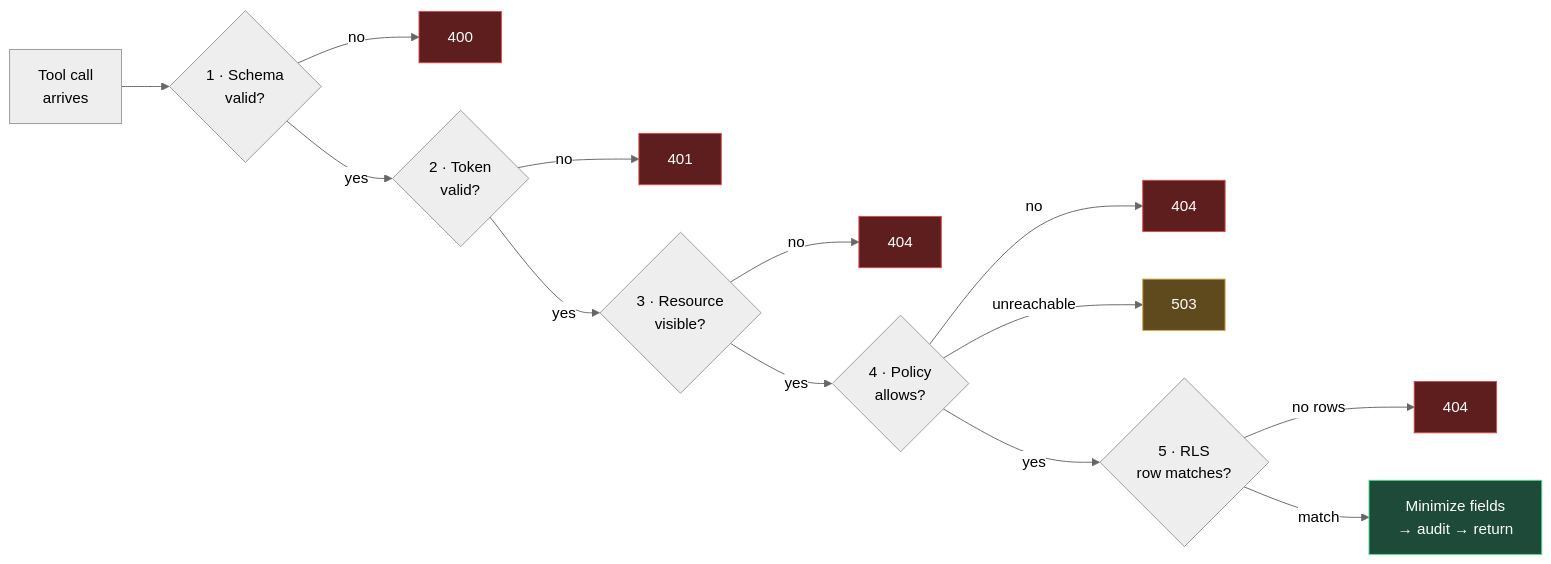
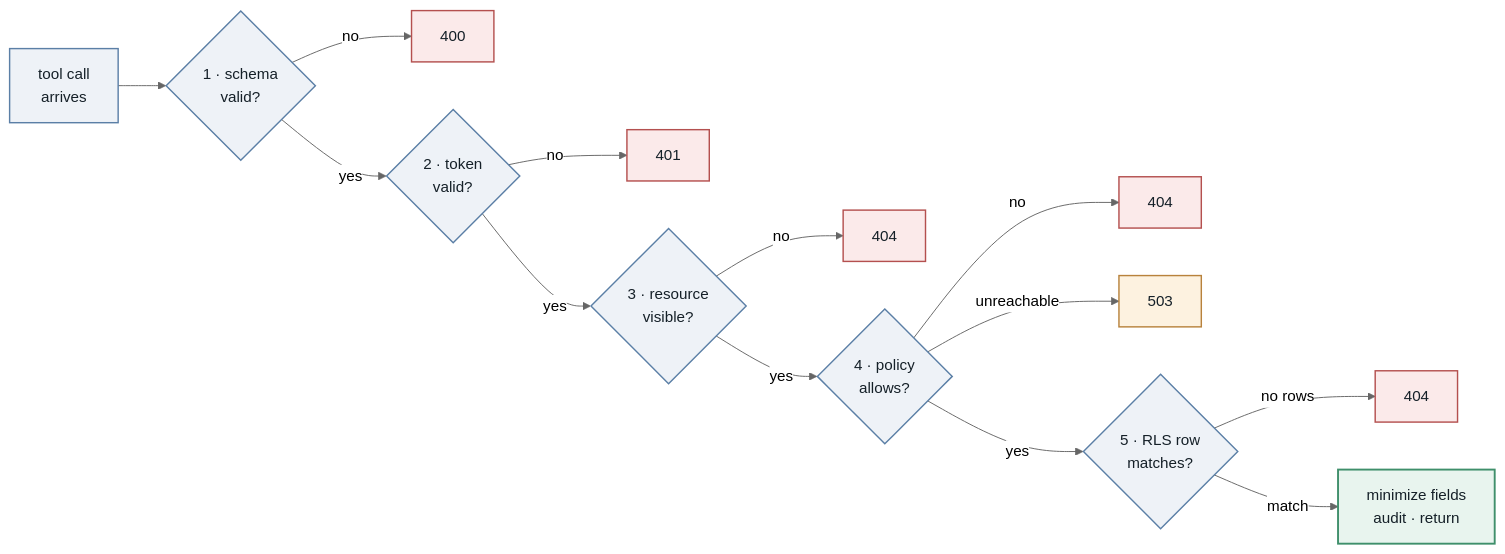
Before and after one commit to bentalem/Assume-the-Model-Is-Compromised: the second of 5 diagrams in docs/architecture/README.md, drawn with Mermaid (neutral theme). The commit also changed other lines of this file and 14 other files, not shown here.

````diff
--- a/docs/architecture/README.md
+++ b/docs/architecture/README.md
@@ -102,23 +98,24 @@
 ```mermaid
 flowchart LR
-    A[Tool call<br/>arrives] --> B{1 · Schema<br/>valid?}
-    B -->|no| X1[400]
-    B -->|yes| C{2 · Token<br/>valid?}
-    C -->|no| X2[401]
-    C -->|yes| D{3 · Resource<br/>visible?}
-    D -->|no| X3[404]
-    D -->|yes| E{4 · Policy<br/>allows?}
-    E -->|no| X4[404]
-    E -->|unreachable| X5[503]
-    E -->|yes| F{5 · RLS<br/>row matches?}
-    F -->|no rows| X6[404]
-    F -->|match| G[Minimize fields<br/>→ audit → return]
+    A["tool call<br/>arrives"] --> B{"1 · schema<br/>valid?"}
+    B -->|no| X1["400"]
+    B -->|yes| C{"2 · token<br/>valid?"}
+    C -->|no| X2["401"]
+    C -->|yes| D{"3 · resource<br/>visible?"}
+    D -->|no| X3["404"]
+    D -->|yes| E{"4 · policy<br/>allows?"}
+    E -->|no| X4["404"]
+    E -->|unreachable| X5["503"]
+    E -->|yes| F{"5 · RLS row<br/>matches?"}
+    F -->|"no rows"| X6["404"]
+    F -->|match| G["minimize fields<br/>audit · return"]
 
-    style X1 fill:#5f1e1e,stroke:#d94a4a,color:#fff
-    style X2 fill:#5f1e1e,stroke:#d94a4a,color:#fff
-    style X3 fill:#5f1e1e,stroke:#d94a4a,color:#fff
-    style X4 fill:#5f1e1e,stroke:#d94a4a,color:#fff
-    style X5 fill:#5f4a1e,stroke:#d9a44a,color:#fff
-    style X6 fill:#5f1e1e,stroke:#d94a4a,color:#fff
-    style G fill:#1e4a3a,stroke:#4ad990,color:#fff
+    classDef q fill:#eef2f7,stroke:#5b7fa6,stroke-width:1.5px,color:#152028
+    classDef deny fill:#fbeaea,stroke:#b4504f,stroke-width:1.5px,color:#152028
+    classDef warn fill:#fdf2e0,stroke:#b8823c,stroke-width:1.5px,color:#152028
+    classDef ok fill:#e8f4ee,stroke:#3f8f6b,stroke-width:2px,color:#152028
+    class A,B,C,D,E,F q
+    class X1,X2,X3,X4,X6 deny
+    class X5 warn
+    class G ok
 ```
````
